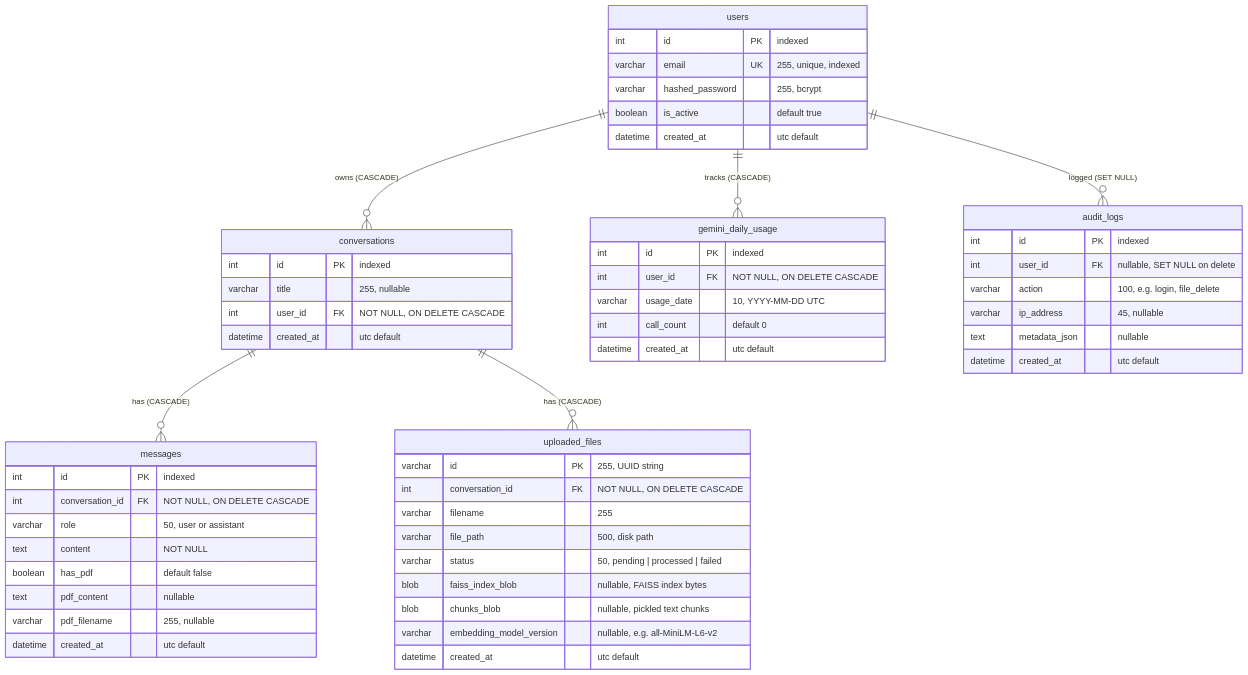
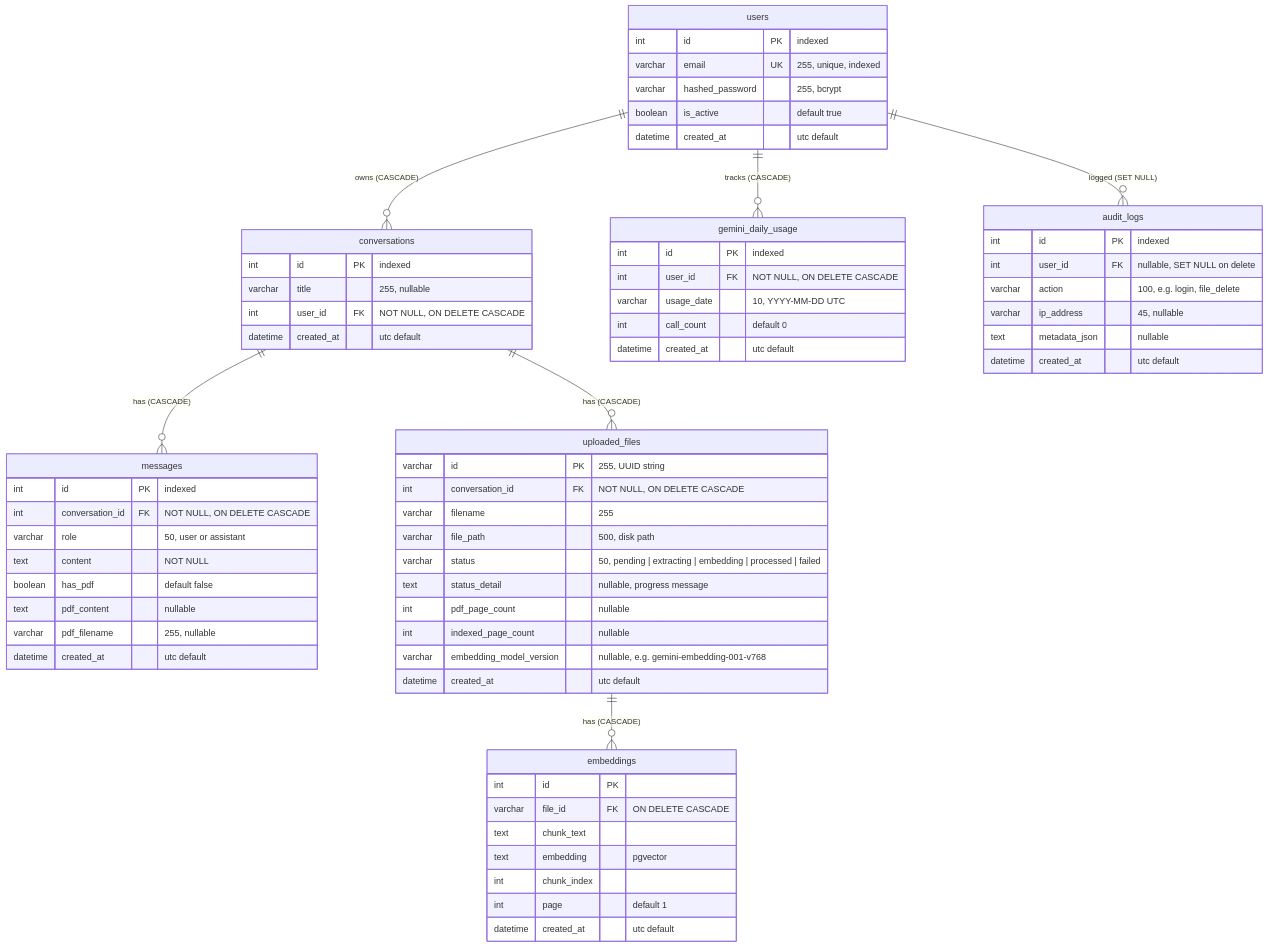
Before and after one commit to akshatha-22/chatbot-widget: diagram 11 of 11 in docs/02_architecture_diagrams.md, drawn with Mermaid. The commit also changed other lines of this file and 10 other files, not shown here.

````diff
--- a/docs/02_architecture_diagrams.md
+++ b/docs/02_architecture_diagrams.md
@@ -275,63 +280,75 @@
 ```mermaid
 erDiagram
     users ||--o{ conversations : "owns (CASCADE)"
     users ||--o{ gemini_daily_usage : "tracks (CASCADE)"
     users ||--o{ audit_logs : "logged (SET NULL)"
     conversations ||--o{ messages : "has (CASCADE)"
     conversations ||--o{ uploaded_files : "has (CASCADE)"
+    uploaded_files ||--o{ embeddings : "has (CASCADE)"
 
     users {
         int id PK "indexed"
         varchar email UK "255, unique, indexed"
         varchar hashed_password "255, bcrypt"
         boolean is_active "default true"
         datetime created_at "utc default"
     }
 
     conversations {
         int id PK "indexed"
         varchar title "255, nullable"
         int user_id FK "NOT NULL, ON DELETE CASCADE"
         datetime created_at "utc default"
     }
 
     messages {
         int id PK "indexed"
         int conversation_id FK "NOT NULL, ON DELETE CASCADE"
         varchar role "50, user or assistant"
         text content "NOT NULL"
         boolean has_pdf "default false"
         text pdf_content "nullable"
         varchar pdf_filename "255, nullable"
         datetime created_at "utc default"
     }
 
     uploaded_files {
         varchar id PK "255, UUID string"
         int conversation_id FK "NOT NULL, ON DELETE CASCADE"
         varchar filename "255"
         varchar file_path "500, disk path"
-        varchar status "50, pending | processed | failed"
-        blob faiss_index_blob "nullable, FAISS index bytes"
-        blob chunks_blob "nullable, pickled text chunks"
-        varchar embedding_model_version "nullable, e.g. all-MiniLM-L6-v2"
+        varchar status "50, pending | extracting | embedding | processed | failed"
+        text status_detail "nullable, progress message"
+        int pdf_page_count "nullable"
+        int indexed_page_count "nullable"
+        varchar embedding_model_version "nullable, e.g. gemini-embedding-001-v768"
+        datetime created_at "utc default"
+    }
+
+    embeddings {
+        int id PK
+        varchar file_id FK "ON DELETE CASCADE"
+        text chunk_text
+        text embedding "pgvector"
+        int chunk_index
+        int page "default 1"
         datetime created_at "utc default"
     }
 
     audit_logs {
         int id PK "indexed"
         int user_id FK "nullable, SET NULL on delete"
         varchar action "100, e.g. login, file_delete"
         varchar ip_address "45, nullable"
         text metadata_json "nullable"
         datetime created_at "utc default"
     }
 
     gemini_daily_usage {
         int id PK "indexed"
         int user_id FK "NOT NULL, ON DELETE CASCADE"
         varchar usage_date "10, YYYY-MM-DD UTC"
         int call_count "default 0"
         datetime created_at "utc default"
     }
 ```
````
